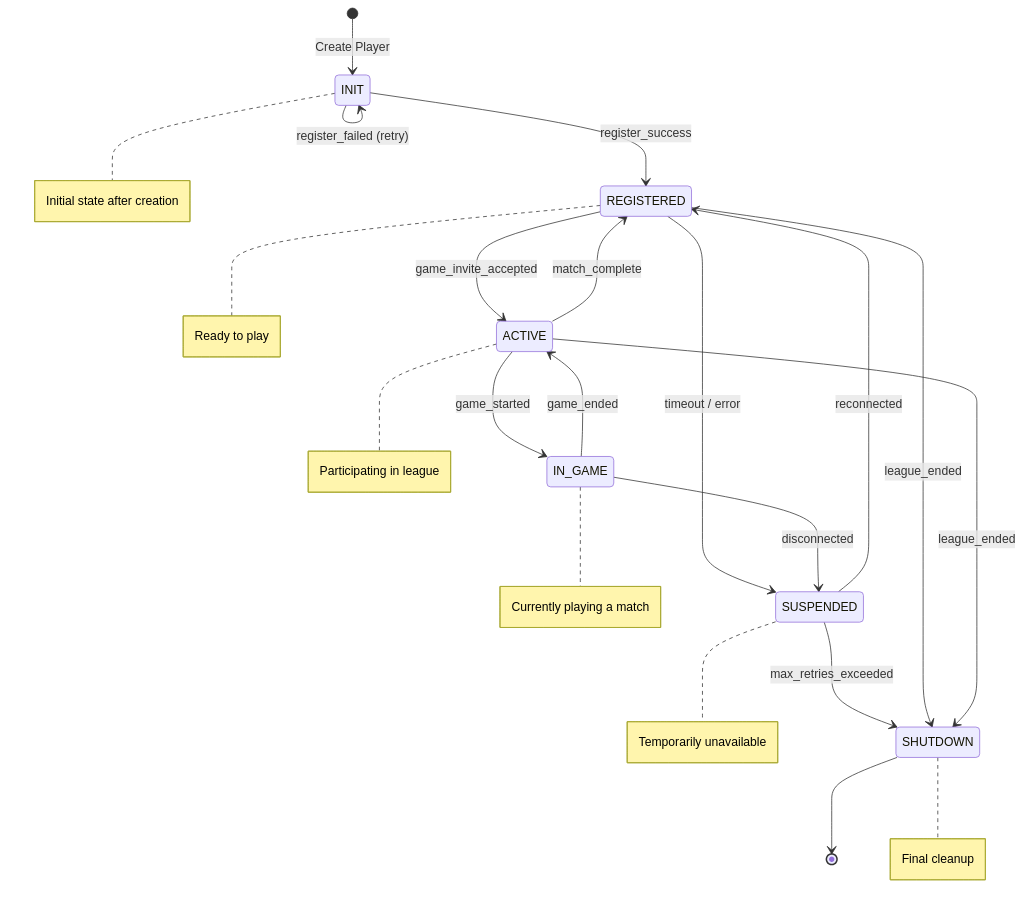
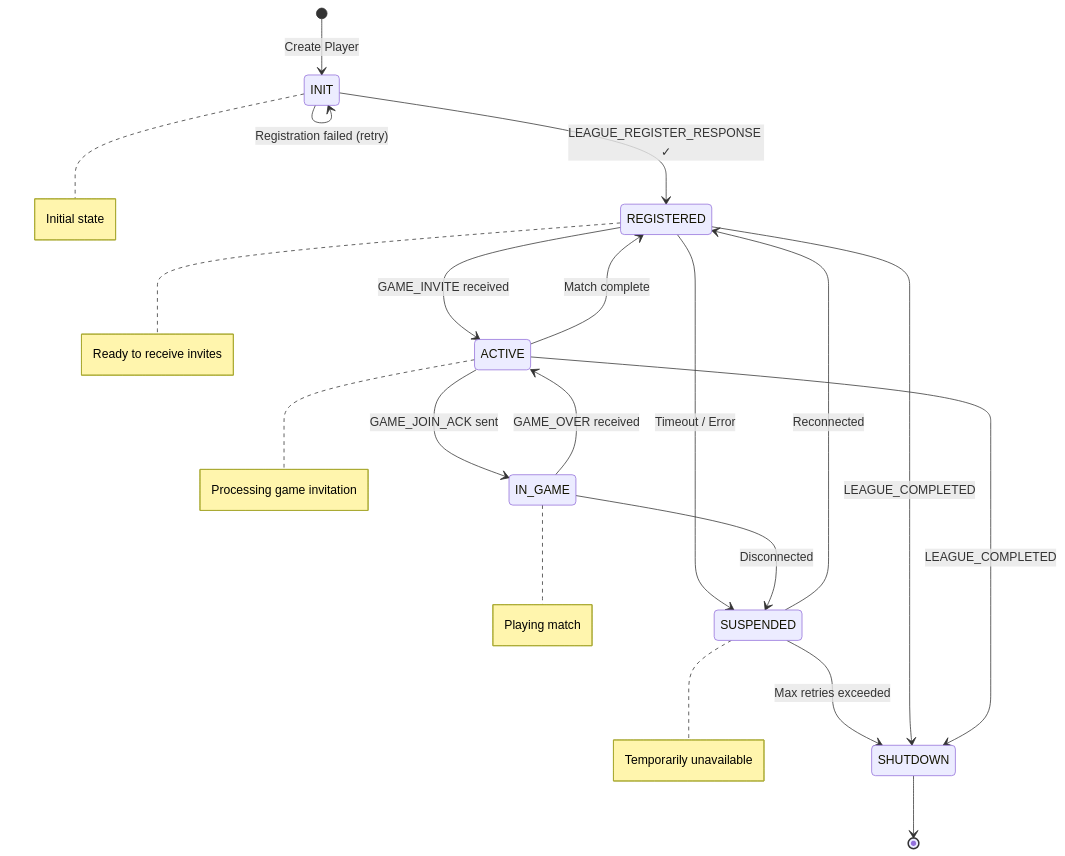
The tenth of 14 diagrams in README.md (fouada/Assignment7_mcp-multi-agent-game), drawn with Mermaid before and after one commit. The commit also changed other lines of this file and 42 other files, not shown here.

````diff
--- a/README.md
+++ b/README.md
@@ -813,32 +655,31 @@
 ```mermaid
 stateDiagram-v2
     [*] --> INIT: Create Player
     
-    INIT --> REGISTERED: register_success
-    INIT --> INIT: register_failed (retry)
+    INIT --> REGISTERED: LEAGUE_REGISTER_RESPONSE ✓
+    INIT --> INIT: Registration failed (retry)
     
-    REGISTERED --> ACTIVE: game_invite_accepted
-    REGISTERED --> SUSPENDED: timeout / error
+    REGISTERED --> ACTIVE: GAME_INVITE received
+    REGISTERED --> SUSPENDED: Timeout / Error
     
-    ACTIVE --> IN_GAME: game_started
+    ACTIVE --> IN_GAME: GAME_JOIN_ACK sent
     
-    IN_GAME --> ACTIVE: game_ended
-    IN_GAME --> SUSPENDED: disconnected
+    IN_GAME --> ACTIVE: GAME_OVER received
+    IN_GAME --> SUSPENDED: Disconnected
     
-    ACTIVE --> REGISTERED: match_complete
+    ACTIVE --> REGISTERED: Match complete
     
-    SUSPENDED --> REGISTERED: reconnected
-    SUSPENDED --> SHUTDOWN: max_retries_exceeded
+    SUSPENDED --> REGISTERED: Reconnected
+    SUSPENDED --> SHUTDOWN: Max retries exceeded
     
-    REGISTERED --> SHUTDOWN: league_ended
-    ACTIVE --> SHUTDOWN: league_ended
+    REGISTERED --> SHUTDOWN: LEAGUE_COMPLETED
+    ACTIVE --> SHUTDOWN: LEAGUE_COMPLETED
     
     SHUTDOWN --> [*]
     
-    note right of INIT: Initial state after creation
-    note right of REGISTERED: Ready to play
-    note right of ACTIVE: Participating in league
-    note right of IN_GAME: Currently playing a match
+    note right of INIT: Initial state
+    note right of REGISTERED: Ready to receive invites
+    note right of ACTIVE: Processing game invitation
+    note right of IN_GAME: Playing match
     note right of SUSPENDED: Temporarily unavailable
-    note right of SHUTDOWN: Final cleanup
 ```
````
